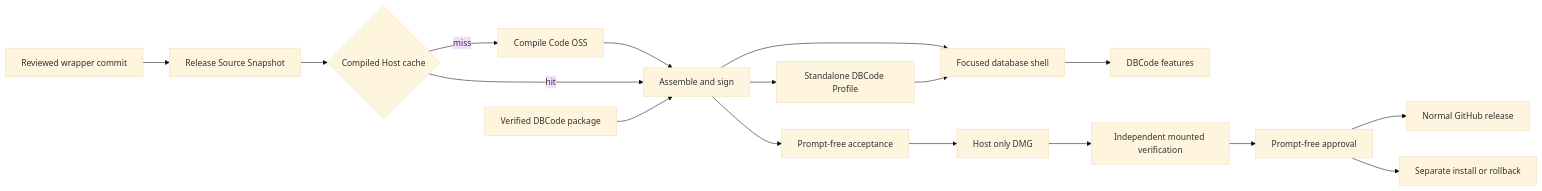
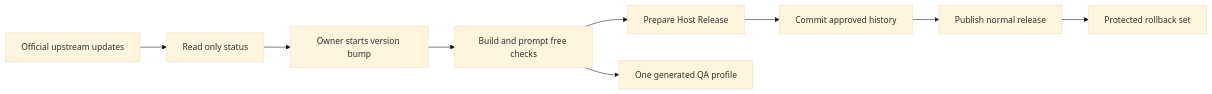
Before and after one commit to alexwck/dbcode-wrapper: the diagram in wiki/OVERVIEW.md, drawn with Mermaid (base theme). The commit also changed other lines of this file and 15 other files, not shown here.

````diff
--- a/wiki/OVERVIEW.md
+++ b/wiki/OVERVIEW.md
@@ -36,19 +32,11 @@
 ```mermaid
 flowchart LR
-  U[Reviewed wrapper commit] --> S[Release Source Snapshot]
-  S --> C{Compiled Host cache}
-  C -->|miss| B[Compile Code OSS]
-  B --> A[Assemble and sign]
-  C -->|hit| A
-  D[Verified DBCode package] --> A
-  A --> P[Standalone DBCode Profile]
-  A --> F[Focused database shell]
-  P --> F
-  F --> Q[DBCode features]
-  A --> V[Prompt-free acceptance]
-  V --> R[Host only DMG]
-  R --> G[Independent mounted verification]
-  G --> H[Prompt-free approval]
-  H --> N[Normal GitHub release]
-  H --> I[Separate install or rollback]
+  U[Official upstream updates] --> S[Read only status]
+  S --> O[Owner starts version bump]
+  O --> B[Build and prompt free checks]
+  B --> P[Prepare Host Release]
+  P --> H[Commit approved history]
+  H --> R[Publish normal release]
+  B --> Q[One generated QA profile]
+  R --> K[Protected rollback set]
 ```
````
